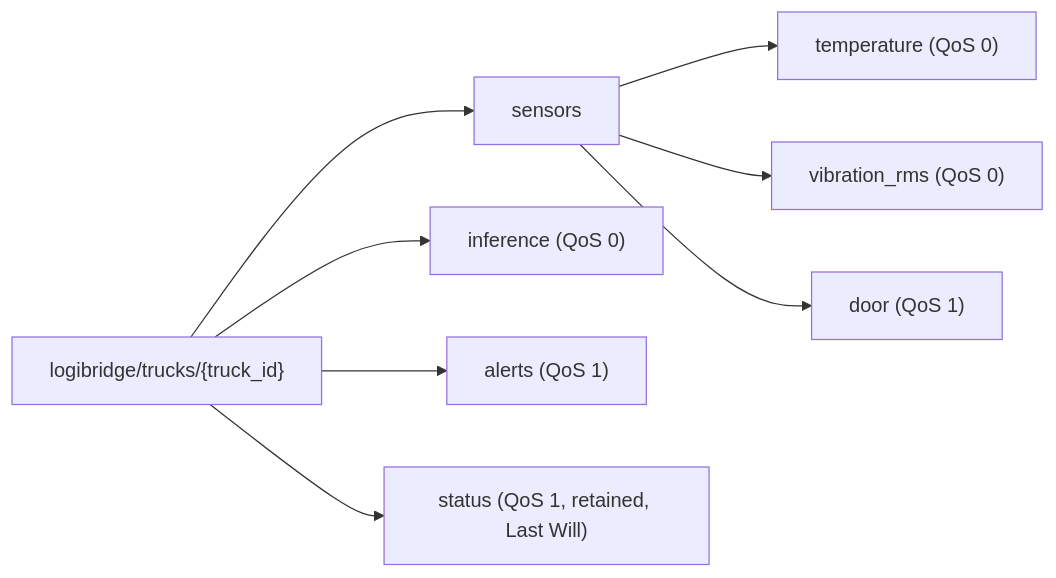
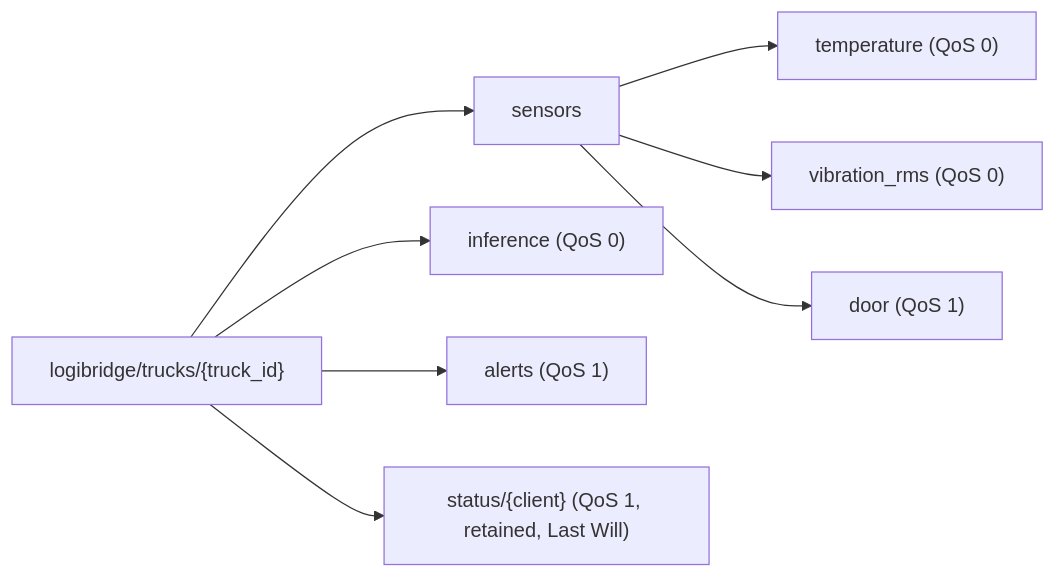
The diagram in data_pipeline/mqtt_architecture.md (santosh-2025ae05680/logibridge), drawn with Mermaid before and after one commit. The commit also changed other lines of this file and 9 other files, not shown here.

````diff
--- a/data_pipeline/mqtt_architecture.md
+++ b/data_pipeline/mqtt_architecture.md
@@ -14,11 +14,11 @@
 ```mermaid
 flowchart LR
   R["logibridge/trucks/{truck_id}"]
   R --> S["sensors"]
   S --> T["temperature (QoS 0)"]
   S --> V["vibration_rms (QoS 0)"]
   S --> D["door (QoS 1)"]
   R --> I["inference (QoS 0)"]
   R --> A["alerts (QoS 1)"]
-  R --> ST["status (QoS 1, retained, Last Will)"]
+  R --> ST["status/{client} (QoS 1, retained, Last Will)"]
 ```
````
